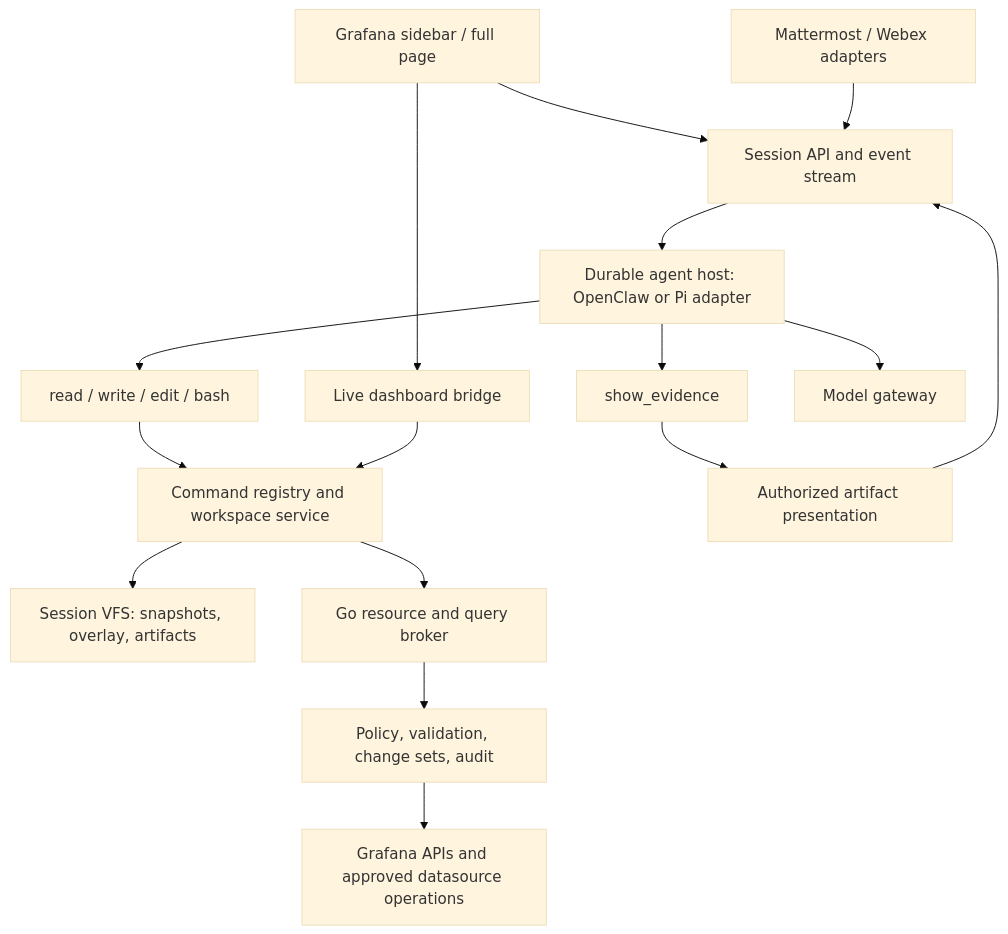
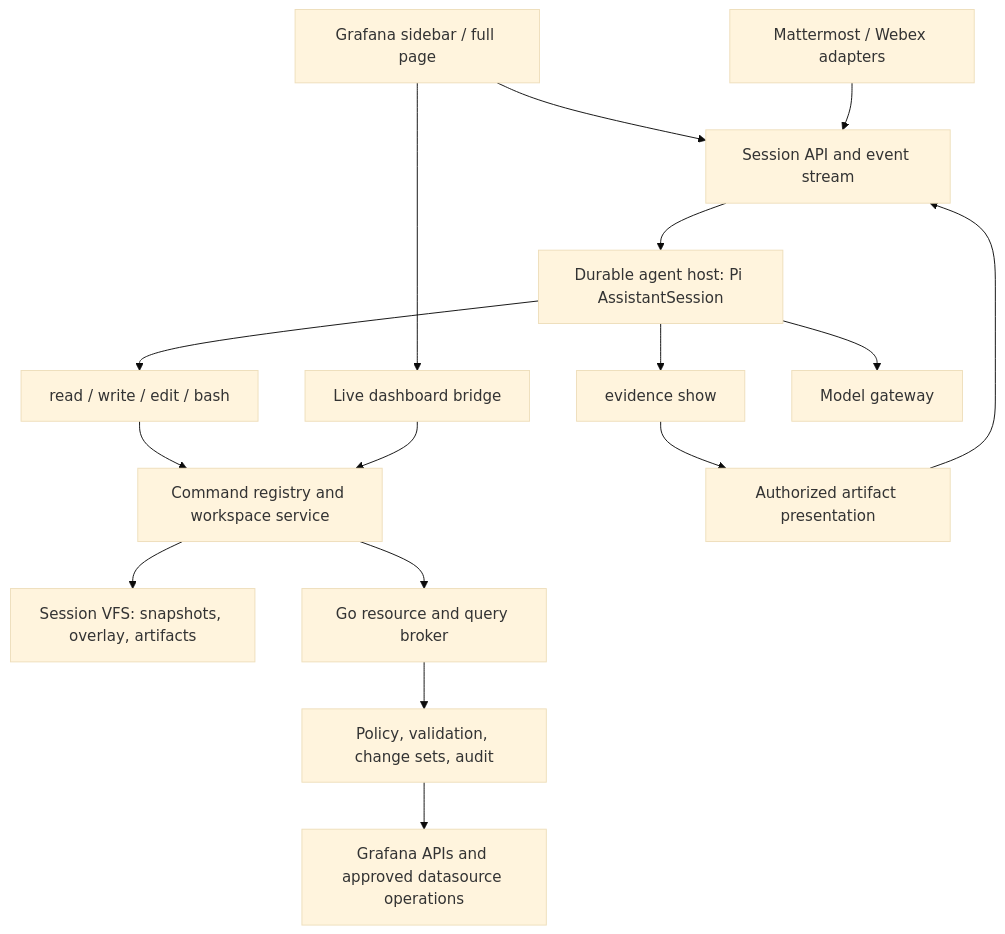
One commit to elohmeier/grafana-pi-app changed the diagram in ROADMAP.md. Above: the diagram before and after it, drawn with Mermaid (base theme). The commit also changed other lines of this file and 4 other files, not shown here.

First line of the commit message:
docs: drop the OpenClaw host pilot and keep the runtime on Pi

````diff
--- a/ROADMAP.md
+++ b/ROADMAP.md
@@ -242,18 +252,18 @@
 ```mermaid
 flowchart TB
   G[Grafana sidebar / full page] --> S[Session API and event stream]
   W[Mattermost / Webex adapters] --> S
-  S --> R[Durable agent host: OpenClaw or Pi adapter]
+  S --> R[Durable agent host: Pi AssistantSession]
   R --> T[read / write / edit / bash]
   T --> C[Command registry and workspace service]
-  R --> E[show_evidence]
+  R --> E[evidence show]
   E --> D[Authorized artifact presentation]
   D --> S
   C --> V[Session VFS: snapshots, overlay, artifacts]
   C --> B[Go resource and query broker]
   B --> P[Policy, validation, change sets, audit]
   P --> A[Grafana APIs and approved datasource operations]
   G --> L[Live dashboard bridge]
   L --> C
   R --> M[Model gateway]
 ```
````
